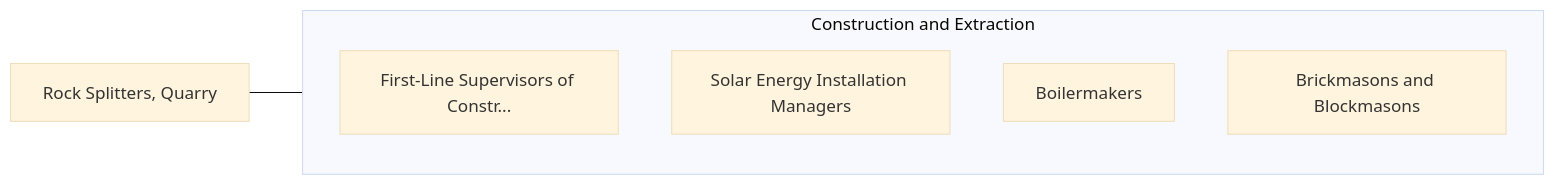
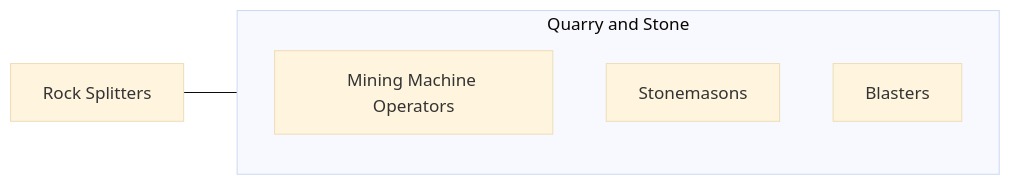
Before and after one commit to kziemski/business.org.ai: the fourth of 4 diagrams in occupations/Construction/RockSplittersQuarry.mdx, drawn with Mermaid (base theme). The commit also changed other lines of this file and 938 other files, not shown here.

````diff
--- a/occupations/Construction/RockSplittersQuarry.mdx
+++ b/occupations/Construction/RockSplittersQuarry.mdx
@@ -95,13 +141,10 @@
 ```mermaid
 graph LR
-    Current["Rock Splitters, Quarry"]
-
-    subgraph SameCategory["Construction and Extraction"]
-        FirstLineSupervisors["First-Line Supervisors of Constr..."]
-        SolarEnergyInstallat["Solar Energy Installation Managers"]
-        Boilermakers["Boilermakers"]
-        BrickmasonsAndBlockm["Brickmasons and Blockmasons"]
+    Current["Rock Splitters"]
+    subgraph Same["Quarry and Stone"]
+        Mining["Mining Machine Operators"]
+        Stone["Stonemasons"]
+        Blasters["Blasters"]
     end
-
-    Current --- SameCategory
+    Current --- Same
 ```
````
